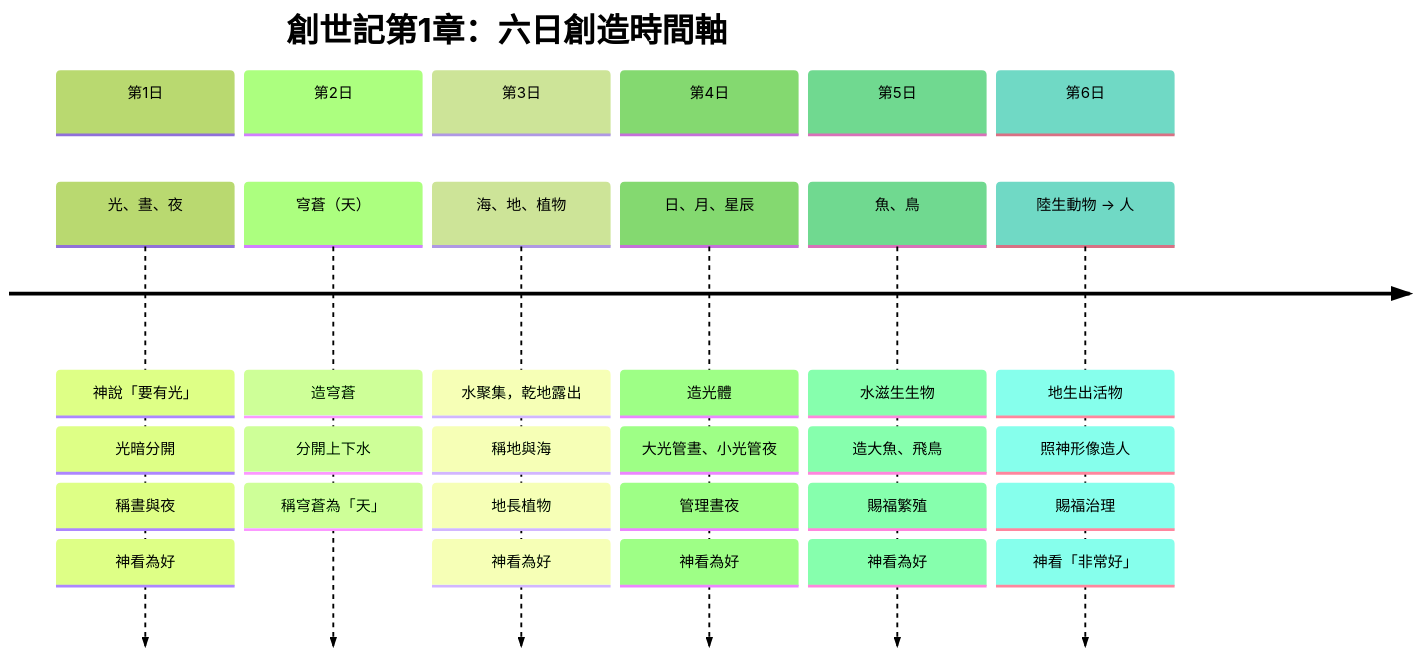
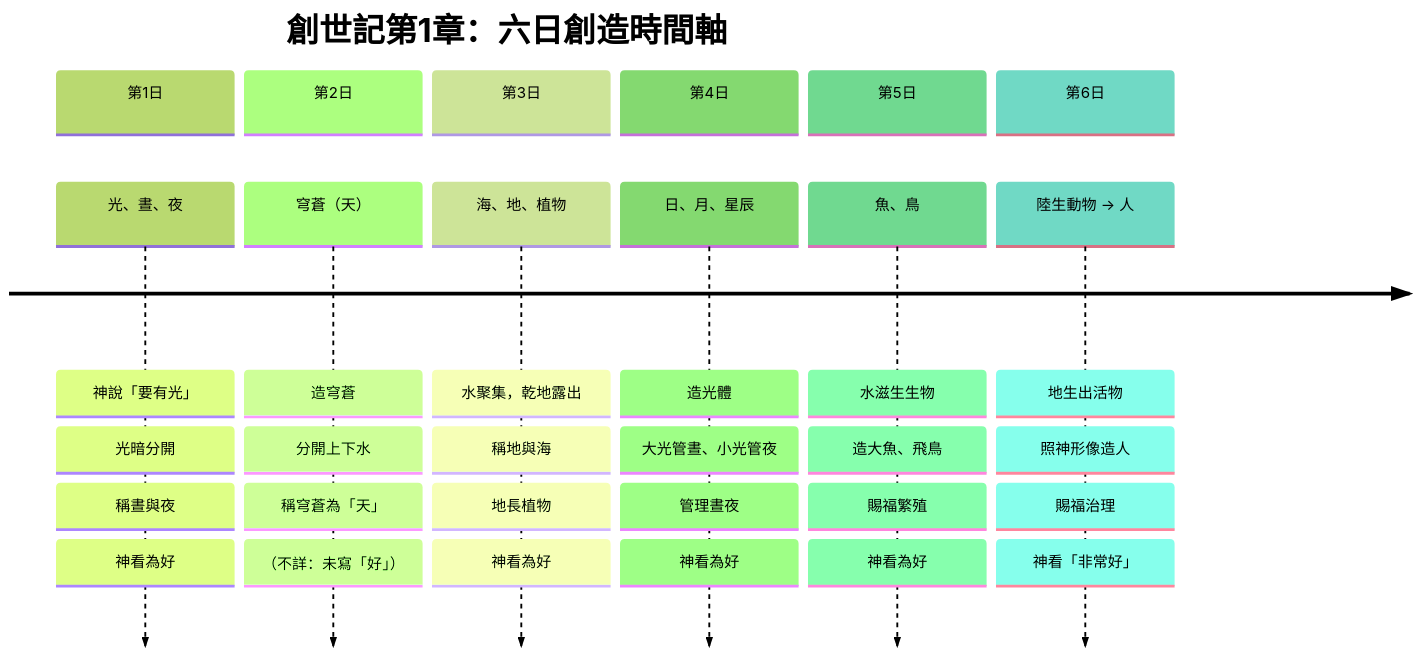
One commit to mccappsheet5804-sketch/bible-study-old-testament changed the first of 3 diagrams in 創世紀/第 01 章.md. Above: the diagram before and after it, drawn with Mermaid (forest theme). The commit also changed other lines of this file, not shown here.

````diff
--- a/創世紀/第 01 章.md
+++ b/創世紀/第 01 章.md
@@ -163,23 +187,24 @@
 ```mermaid
 timeline
     title 創世記第1章：六日創造時間軸
     section 第1日
         光、晝、夜
         : 神說「要有光」
         : 光暗分開 : 稱晝與夜 : 神看為好
     section 第2日
         穹蒼（天）
         : 造穹蒼 : 分開上下水 : 稱穹蒼為「天」
+        : （不詳：未寫「好」）
     section 第3日
         海、地、植物
         : 水聚集，乾地露出 : 稱地與海 : 地長植物 : 神看為好
     section 第4日
         日、月、星辰
         : 造光體 : 大光管晝、小光管夜 : 管理晝夜 : 神看為好
     section 第5日
         魚、鳥
         : 水滋生生物 : 造大魚、飛鳥 : 賜福繁殖 : 神看為好
     section 第6日
         陸生動物 → 人
         : 地生出活物 : 照神形像造人 : 賜福治理 : 神看「非常好」
 ```
````
